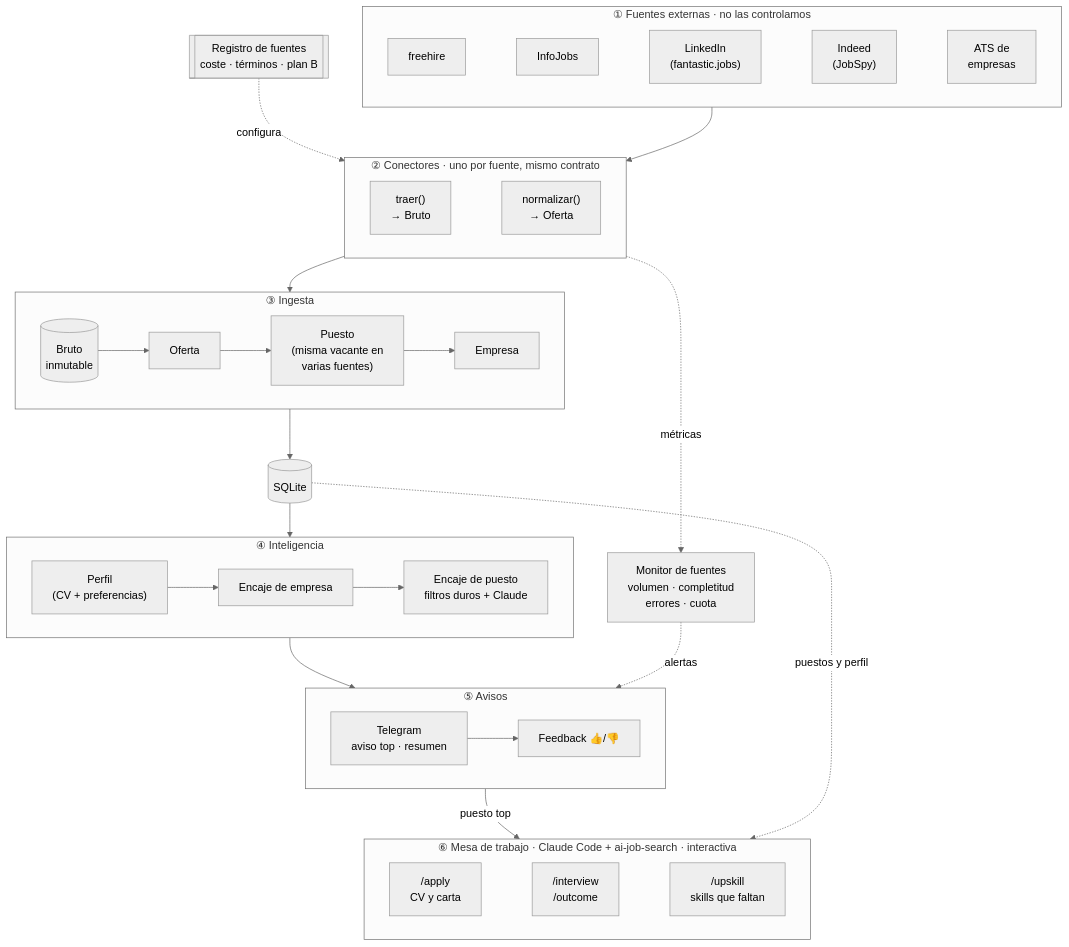
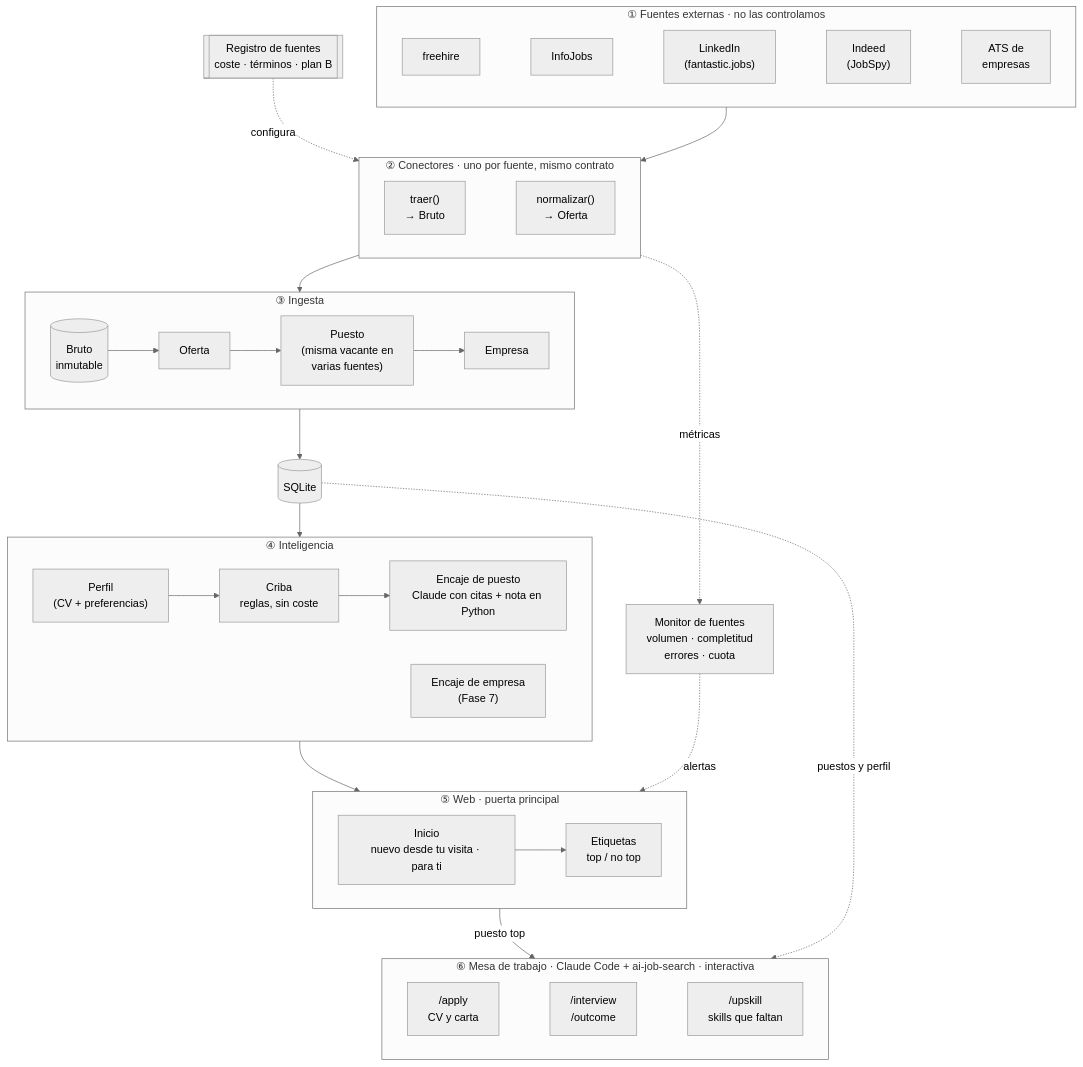
One commit to rubenhig/job-radar changed the first of 3 diagrams in docs/arquitectura.md. Above: the diagram before and after it, drawn with Mermaid (neutral theme). The commit also changed other lines of this file and 13 other files, not shown here.

````diff
--- a/docs/arquitectura.md
+++ b/docs/arquitectura.md
@@ -29,44 +30,45 @@
 ```mermaid
 flowchart TB
     subgraph EXT["① Fuentes externas · no las controlamos"]
         direction LR
         FH[freehire] ~~~ IJ[InfoJobs] ~~~ LI["LinkedIn<br/>(fantastic.jobs)"] ~~~ IN["Indeed<br/>(JobSpy)"] ~~~ AT["ATS de<br/>empresas"]
     end
 
     subgraph CON["② Conectores · uno por fuente, mismo contrato"]
         direction LR
         TR["traer()<br/>→ Bruto"] ~~~ NZ["normalizar()<br/>→ Oferta"]
     end
 
     REG[["Registro de fuentes<br/>coste · términos · plan B"]]
     MON["Monitor de fuentes<br/>volumen · completitud<br/>errores · cuota"]
 
     subgraph ING["③ Ingesta"]
         direction LR
         BR[(Bruto<br/>inmutable)] --> NO[Oferta] --> PU["Puesto<br/>(misma vacante en<br/>varias fuentes)"] --> EM[Empresa]
     end
 
     DB[(SQLite)]
 
     subgraph INT["④ Inteligencia"]
         direction LR
-        PER["Perfil<br/>(CV + preferencias)"] --> PE[Encaje de empresa] --> PO["Encaje de puesto<br/>filtros duros + Claude"]
+        PER["Perfil<br/>(CV + preferencias)"] --> CR["Criba<br/>reglas, sin coste"] --> PO["Encaje de puesto<br/>Claude con citas + nota en Python"]
+        PE["Encaje de empresa<br/>(Fase 7)"]
     end
 
-    subgraph SAL["⑤ Avisos"]
+    subgraph SAL["⑤ Web · puerta principal"]
         direction LR
-        AV["Telegram<br/>aviso top · resumen"] --> FB["Feedback 👍/👎"]
+        AV["Inicio<br/>nuevo desde tu visita · para ti"] --> FB["Etiquetas<br/>top / no top"]
     end
 
     subgraph MESA["⑥ Mesa de trabajo · Claude Code + ai-job-search · interactiva"]
         direction LR
         AP["/apply<br/>CV y carta"] ~~~ IV["/interview<br/>/outcome"] ~~~ UP["/upskill<br/>skills que faltan"]
     end
 
     REG -. configura .-> CON
     EXT --> CON --> ING --> DB --> INT --> SAL
     CON -. métricas .-> MON
     MON -. alertas .-> SAL
     SAL -- "puesto top" --> MESA
     DB -. "puestos y perfil" .-> MESA
 ```
````
